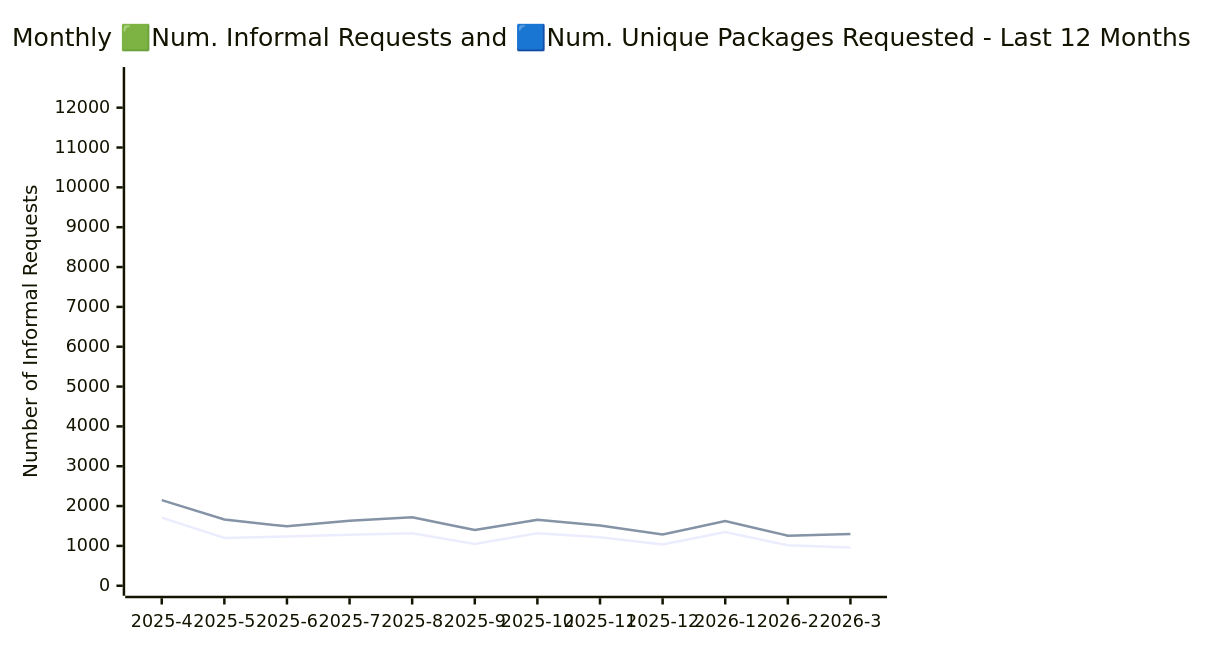
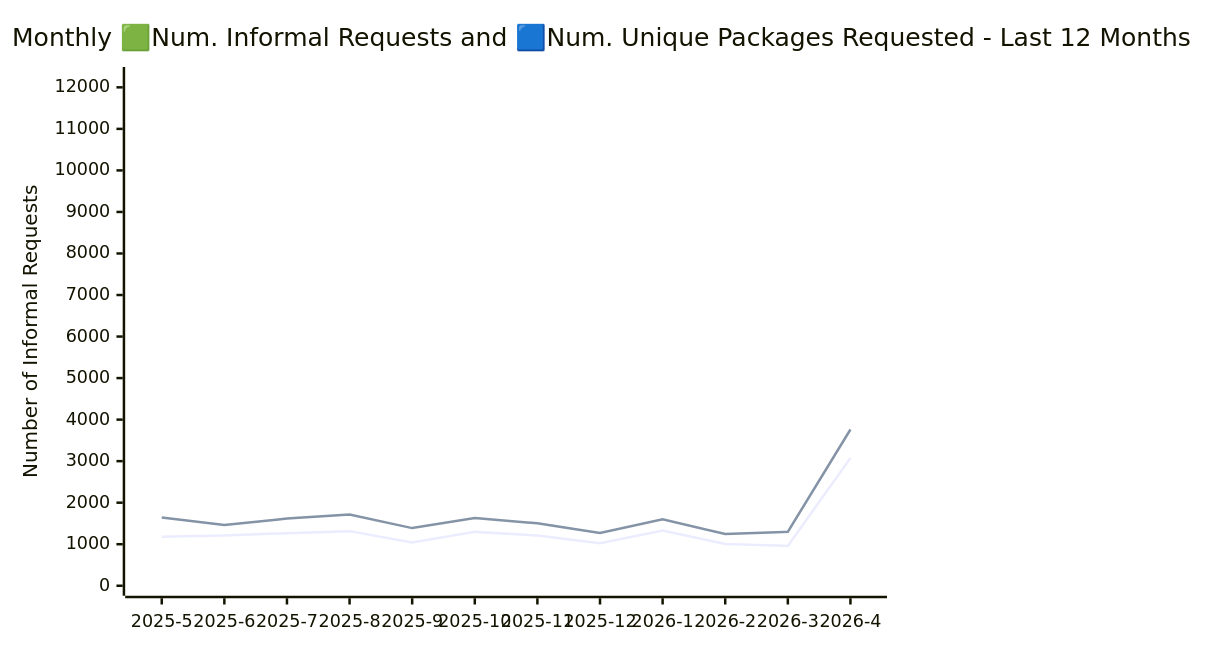
One commit to open-data/analytics-corporate-reporting changed the diagram in ATI_INFORMAL_REPORT/readme.md. Above: the diagram before and after it, drawn with Mermaid. The commit also changed other lines of this file and 5 other files, not shown here.

````diff
--- a/ATI_INFORMAL_REPORT/readme.md
+++ b/ATI_INFORMAL_REPORT/readme.md
@@ -17,11 +17,11 @@
 ```mermaid
 
 xychart-beta
     title "Monthly 🟩Num. Informal Requests and 🟦Num. Unique Packages Requested - Last 12 Months"
-    x-axis [2025-4, 2025-5, 2025-6, 2025-7, 2025-8, 2025-9, 2025-10, 2025-11, 2025-12, 2026-1, 2026-2, 2026-3]
-    y-axis "Unique Packages" 0 --> 10090
-    y-axis "Number of Informal Requests" 0 --> 12770
+    x-axis [2025-5, 2025-6, 2025-7, 2025-8, 2025-9, 2025-10, 2025-11, 2025-12, 2026-1, 2026-2, 2026-3, 2026-4]
+    y-axis "Unique Packages" 0 --> 9420
+    y-axis "Number of Informal Requests" 0 --> 12249
 
-    line [1710, 1200, 1239, 1282, 1320, 1051, 1319, 1220, 1037, 1350, 1017, 962]
-    line [2150, 1662, 1491, 1634, 1719, 1398, 1654, 1511, 1286, 1622, 1257, 1300]
+    line [1181, 1210, 1266, 1315, 1042, 1297, 1212, 1022, 1329, 1004, 960, 3075]
+    line [1642, 1460, 1618, 1714, 1388, 1632, 1503, 1270, 1600, 1244, 1298, 3762]
 ```
````
